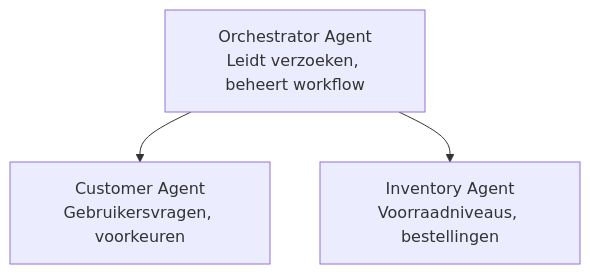
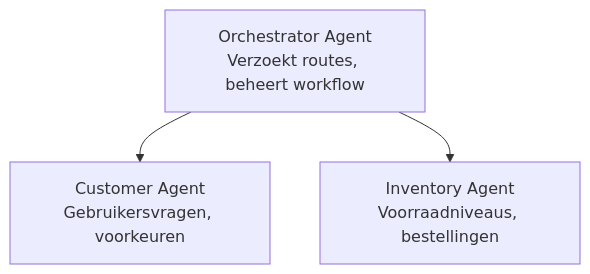
Before and after one commit to microsoft/AZD-for-beginners: the diagram in translations/nl/docs/chapter-05-multi-agent/README.md, drawn with Mermaid. The commit also changed other lines of this file and 61 other files, not shown here.

````diff
--- a/translations/nl/docs/chapter-05-multi-agent/README.md
+++ b/translations/nl/docs/chapter-05-multi-agent/README.md
@@ -54,5 +54,5 @@
 ```mermaid
 graph TD
-    Orchestrator[Orchestrator Agent<br/>Leidt verzoeken, beheert workflow] --> Customer[Customer Agent<br/>Gebruikersvragen, voorkeuren]
+    Orchestrator[Orchestrator Agent<br/>Verzoekt routes, beheert workflow] --> Customer[Customer Agent<br/>Gebruikersvragen, voorkeuren]
     Orchestrator --> Inventory[Inventory Agent<br/>Voorraadniveaus, bestellingen]
 ```
````
